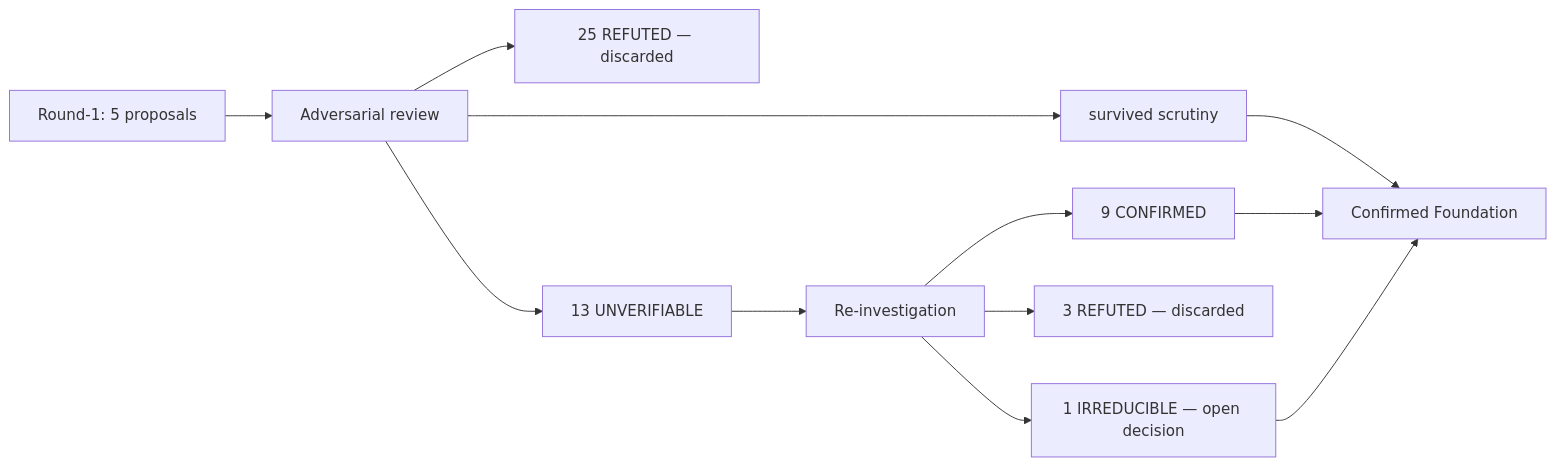
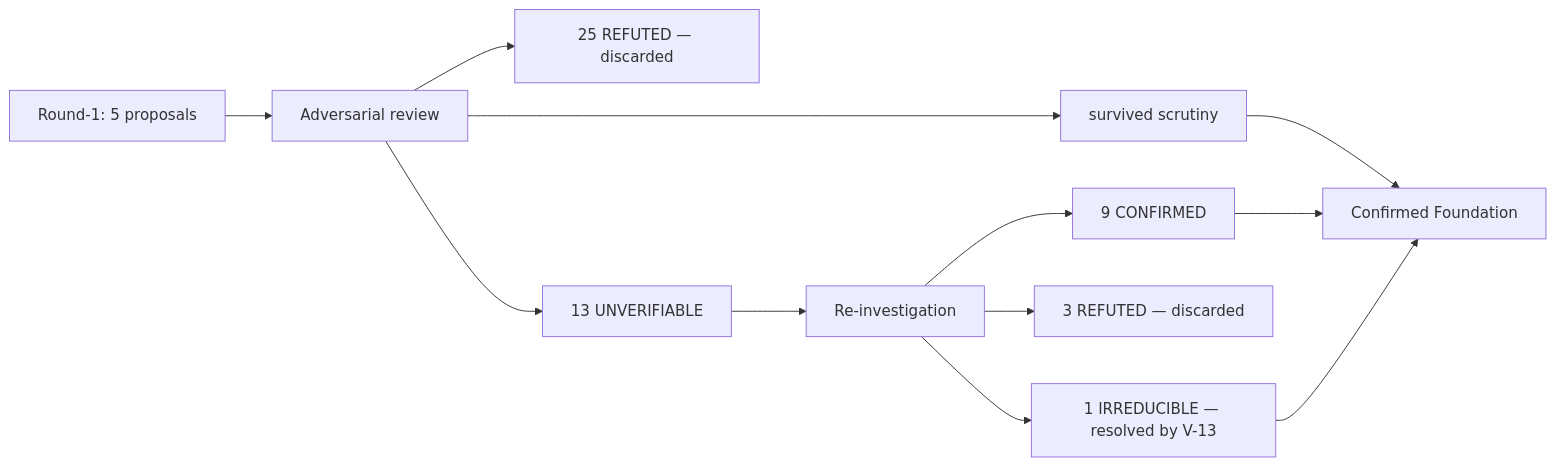
Before and after one commit to LIGHTYEARS/agentic-engineering: the diagram in docs/foundation/00-overview.md, drawn with Mermaid. The commit also changed other lines of this file and 2 other files, not shown here.

First line of the commit message:
RESOLVE the single IRREDUCIBLE decision: governance policy hot-reload ALREADY WORKS

````diff
--- a/docs/foundation/00-overview.md
+++ b/docs/foundation/00-overview.md
@@ -26,14 +26,14 @@
 ```mermaid
 graph LR
   R1[Round-1: 5 proposals] --> ADV[Adversarial review]
   ADV --> REF[25 REFUTED — discarded]
   ADV --> SURV[survived scrutiny]
   ADV --> UNV[13 UNVERIFIABLE]
   UNV --> REINV[Re-investigation]
   REINV --> C[9 CONFIRMED]
   REINV --> D[3 REFUTED — discarded]
-  REINV --> I[1 IRREDUCIBLE — open decision]
+  REINV --> I[1 IRREDUCIBLE — resolved by V-13]
   SURV --> FDN[Confirmed Foundation]
   C --> FDN
   I --> FDN
 ```
````
